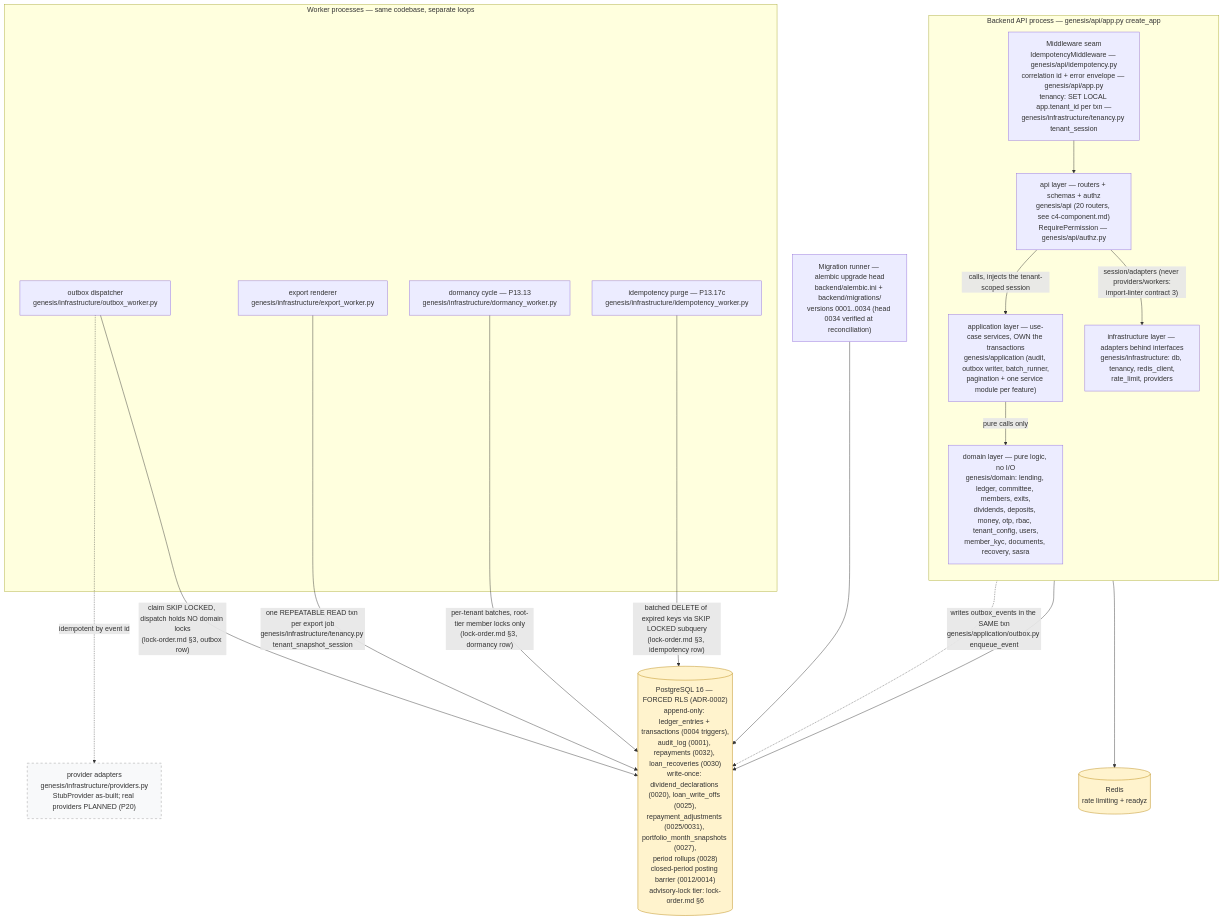
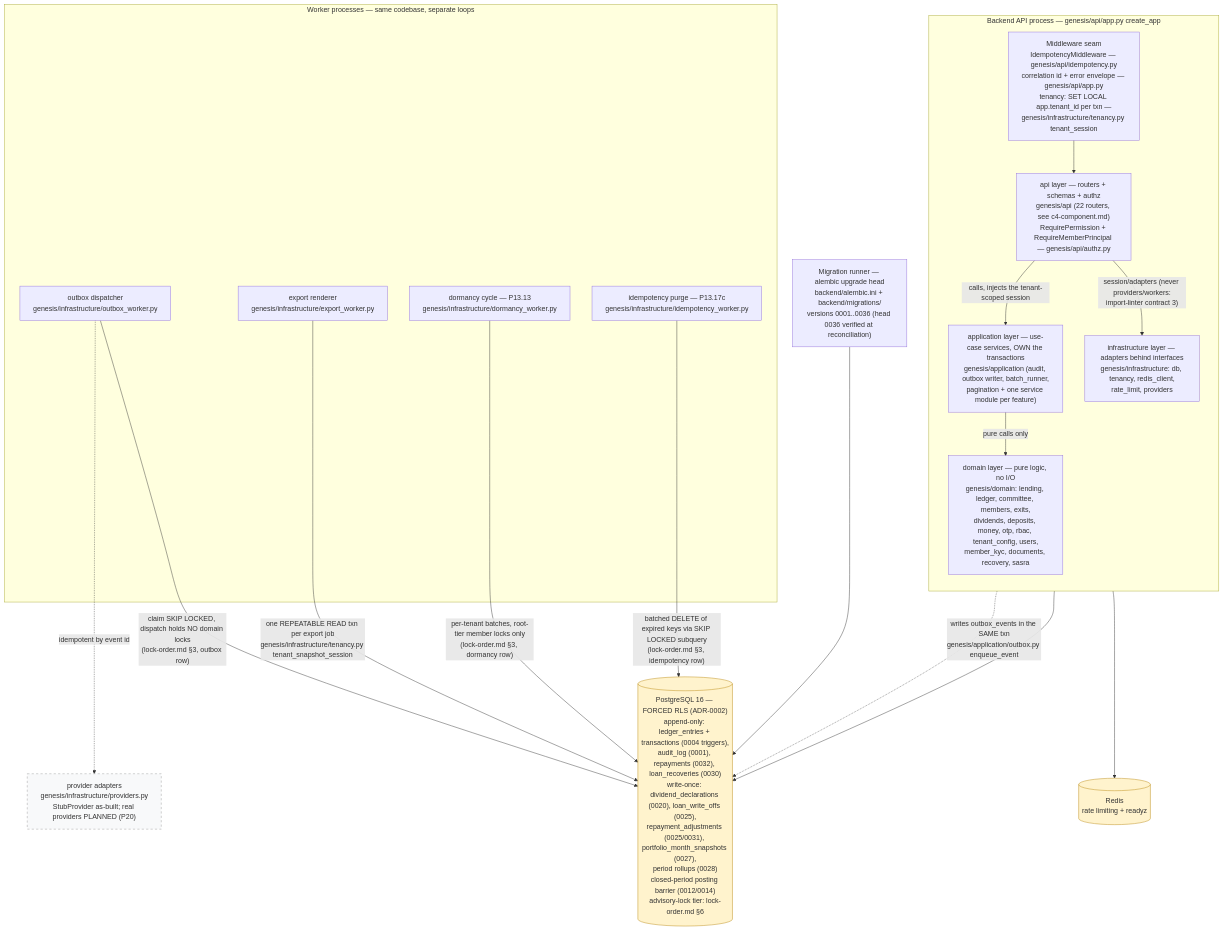
Before and after one commit to Benson-Kim/genesis-sacco: the diagram in docs/diagrams/c4-container.md, drawn with Mermaid. The commit also changed other lines of this file and 4 other files, not shown here.

First line of the commit message:
docs(diagrams): C4 as-built refresh to head 0036 — the !65/!66 rule-11 misses

````diff
--- a/docs/diagrams/c4-container.md
+++ b/docs/diagrams/c4-container.md
@@ -28,45 +32,45 @@
 ```mermaid
 flowchart TB
     %% Authored against main @ 08541b860f1445b16c342c39b6606d86b9dbeb17
     %% L2 containers — layering per backend/pyproject.toml [tool.importlinter].
 
     subgraph BE["Backend API process — genesis/api/app.py create_app"]
         direction TB
         MW["Middleware seam<br/>IdempotencyMiddleware — genesis/api/idempotency.py<br/>correlation id + error envelope — genesis/api/app.py<br/>tenancy: SET LOCAL app.tenant_id per txn —<br/>genesis/infrastructure/tenancy.py tenant_session"]
-        APIL["api layer — routers + schemas + authz<br/>genesis/api (20 routers, see c4-component.md)<br/>RequirePermission — genesis/api/authz.py"]
+        APIL["api layer — routers + schemas + authz<br/>genesis/api (22 routers, see c4-component.md)<br/>RequirePermission + RequireMemberPrincipal — genesis/api/authz.py"]
         APPL["application layer — use-case services, OWN the transactions<br/>genesis/application (audit, outbox writer, batch_runner,<br/>pagination + one service module per feature)"]
         DOM["domain layer — pure logic, no I/O<br/>genesis/domain: lending, ledger, committee, members, exits,<br/>dividends, deposits, money, otp, rbac, tenant_config, users,<br/>member_kyc, documents, recovery, sasra"]
         INF["infrastructure layer — adapters behind interfaces<br/>genesis/infrastructure: db, tenancy, redis_client,<br/>rate_limit, providers"]
         MW --> APIL
         APIL -->|"calls, injects the tenant-scoped session"| APPL
         APPL -->|"pure calls only"| DOM
         APIL -->|"session/adapters (never providers/workers:<br/>import-linter contract 3)"| INF
     end
 
     subgraph WK["Worker processes — same codebase, separate loops"]
         OBW["outbox dispatcher<br/>genesis/infrastructure/outbox_worker.py"]
         EXW["export renderer<br/>genesis/infrastructure/export_worker.py"]
         DMW["dormancy cycle — P13.13<br/>genesis/infrastructure/dormancy_worker.py"]
         IDW["idempotency purge — P13.17c<br/>genesis/infrastructure/idempotency_worker.py"]
     end
 
-    MIG["Migration runner — alembic upgrade head<br/>backend/alembic.ini + backend/migrations/<br/>versions 0001..0034 (head 0034 verified at reconciliation)"]
+    MIG["Migration runner — alembic upgrade head<br/>backend/alembic.ini + backend/migrations/<br/>versions 0001..0036 (head 0036 verified at reconciliation)"]
 
     PG[("PostgreSQL 16 — FORCED RLS (ADR-0002)<br/>append-only: ledger_entries + transactions (0004 triggers),<br/>audit_log (0001), repayments (0032), loan_recoveries (0030)<br/>write-once: dividend_declarations (0020), loan_write_offs (0025),<br/>repayment_adjustments (0025/0031), portfolio_month_snapshots (0027),<br/>period rollups (0028)<br/>closed-period posting barrier (0012/0014)<br/>advisory-lock tier: lock-order.md §6")]
     RD[("Redis<br/>rate limiting + readyz")]
 
     APPL -.->|"writes outbox_events in the SAME txn<br/>genesis/application/outbox.py enqueue_event"| PG
     INF --> PG
     INF --> RD
     OBW -->|"claim SKIP LOCKED, dispatch holds NO domain locks<br/>(lock-order.md §3, outbox row)"| PG
     EXW -->|"one REPEATABLE READ txn per export job<br/>genesis/infrastructure/tenancy.py tenant_snapshot_session"| PG
     DMW -->|"per-tenant batches, root-tier member locks only<br/>(lock-order.md §3, dormancy row)"| PG
     IDW -->|"batched DELETE of expired keys via SKIP LOCKED subquery<br/>(lock-order.md §3, idempotency row)"| PG
     OBW -.->|"idempotent by event id"| PROV["provider adapters<br/>genesis/infrastructure/providers.py<br/>StubProvider as-built; real providers PLANNED (P20)"]
     MIG --> PG
 
     classDef store fill:#fff3cd,stroke:#b8860b;
     class PG,RD store;
     classDef planned fill:#f8f9fa,stroke:#999,stroke-dasharray: 5 5;
     class PROV planned;
 ```
````
